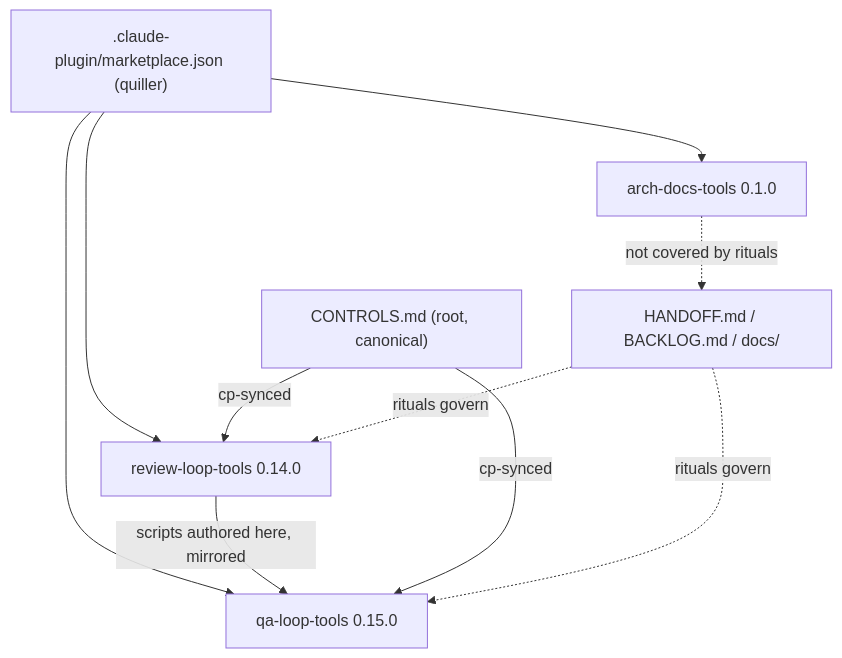
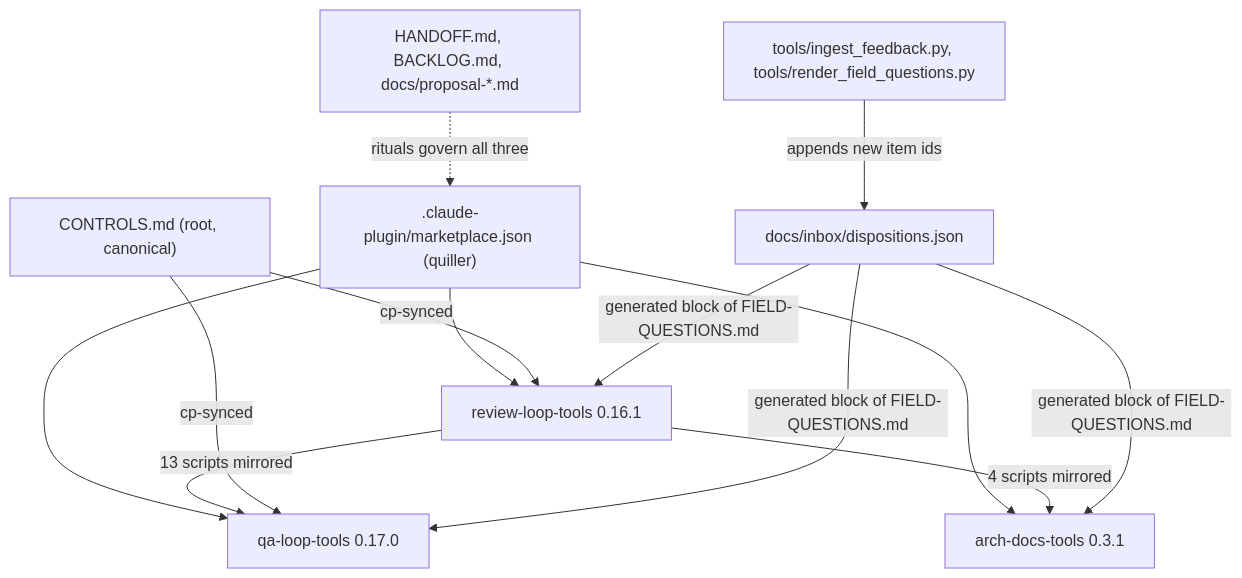
One commit to peterlit/quiller-claude-plugins changed the first of 18 diagrams in docs/architecture/overview.md. Above: the diagram before and after it, drawn with Mermaid. The commit also changed other lines of this file and 5 other files, not shown here.

````diff
--- a/docs/architecture/overview.md
+++ b/docs/architecture/overview.md
@@ -42,18 +72,23 @@
 ```mermaid
 flowchart TB
     MP[".claude-plugin/marketplace.json (quiller)"]
-    RL["review-loop-tools 0.14.0"]
-    QA["qa-loop-tools 0.15.0"]
-    AD["arch-docs-tools 0.1.0"]
+    RL["review-loop-tools 0.16.1"]
+    QA["qa-loop-tools 0.17.0"]
+    AD["arch-docs-tools 0.3.1"]
     CTRL["CONTROLS.md (root, canonical)"]
-    HAND["HANDOFF.md / BACKLOG.md / docs/"]
+    TOOLS["tools/ingest_feedback.py, tools/render_field_questions.py"]
+    DISP["docs/inbox/dispositions.json"]
+    HAND["HANDOFF.md, BACKLOG.md, docs/proposal-*.md"]
     MP --> RL
     MP --> QA
     MP --> AD
-    RL -->|"scripts authored here, mirrored"| QA
+    RL -->|"13 scripts mirrored"| QA
+    RL -->|"4 scripts mirrored"| AD
     CTRL -->|"cp-synced"| RL
     CTRL -->|"cp-synced"| QA
-    HAND -.->|"rituals govern"| RL
-    HAND -.->|"rituals govern"| QA
-    AD -.->|"not covered by rituals"| HAND
+    TOOLS -->|"appends new item ids"| DISP
+    DISP -->|"generated block of FIELD-QUESTIONS.md"| RL
+    DISP -->|"generated block of FIELD-QUESTIONS.md"| QA
+    DISP -->|"generated block of FIELD-QUESTIONS.md"| AD
+    HAND -.->|"rituals govern all three"| MP
 ```
````
